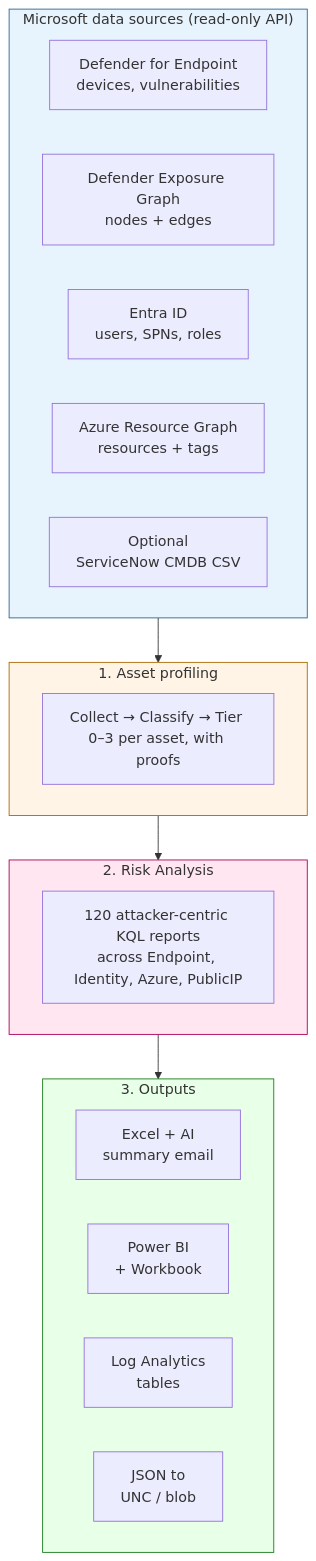
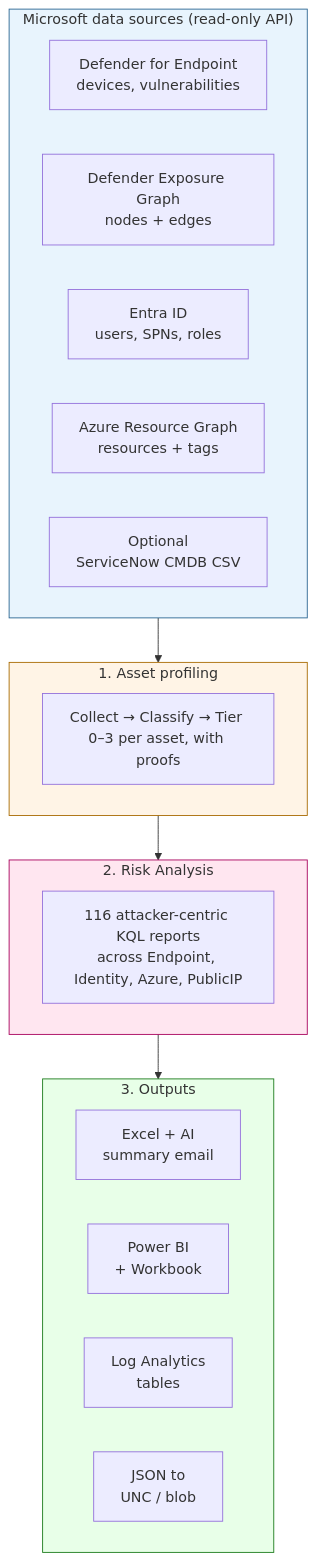
Before and after one commit to KnudsenMorten/SecurityInsight: the first of 10 diagrams in README.md, drawn with Mermaid. The commit also changed other lines of this file and 4 other files, not shown here.

````diff
--- a/README.md
+++ b/README.md
@@ -160,29 +160,29 @@
 ```mermaid
 flowchart TB
     subgraph SOURCES ["Microsoft data sources (read-only API)"]
         direction LR
         S1[Defender for Endpoint<br/>devices, vulnerabilities]
         S2[Defender Exposure Graph<br/>nodes + edges]
         S3[Entra ID<br/>users, SPNs, roles]
         S4[Azure Resource Graph<br/>resources + tags]
         S5[Optional<br/>ServiceNow CMDB CSV]
     end
     subgraph PROFILE ["1. Asset profiling"]
         P1[Collect → Classify → Tier 0–3 per asset, with proofs]
     end
     subgraph RA ["2. Risk Analysis"]
-        R1[120 attacker-centric KQL reports<br/>across Endpoint, Identity, Azure, PublicIP]
+        R1[116 attacker-centric KQL reports<br/>across Endpoint, Identity, Azure, PublicIP]
     end
     subgraph OUT ["3. Outputs"]
         direction LR
         O1[Excel + AI<br/>summary email]
         O2[Power BI<br/>+ Workbook]
         O3[Log Analytics<br/>tables]
         O4[JSON to<br/>UNC / blob]
     end
     SOURCES --> PROFILE --> RA --> OUT
     style SOURCES fill:#e8f4fd,stroke:#2a6592
     style PROFILE fill:#fff4e6,stroke:#a86a00
     style RA fill:#ffe6f0,stroke:#a8005c
     style OUT fill:#e8ffe8,stroke:#1a7a1a
 ```
````
